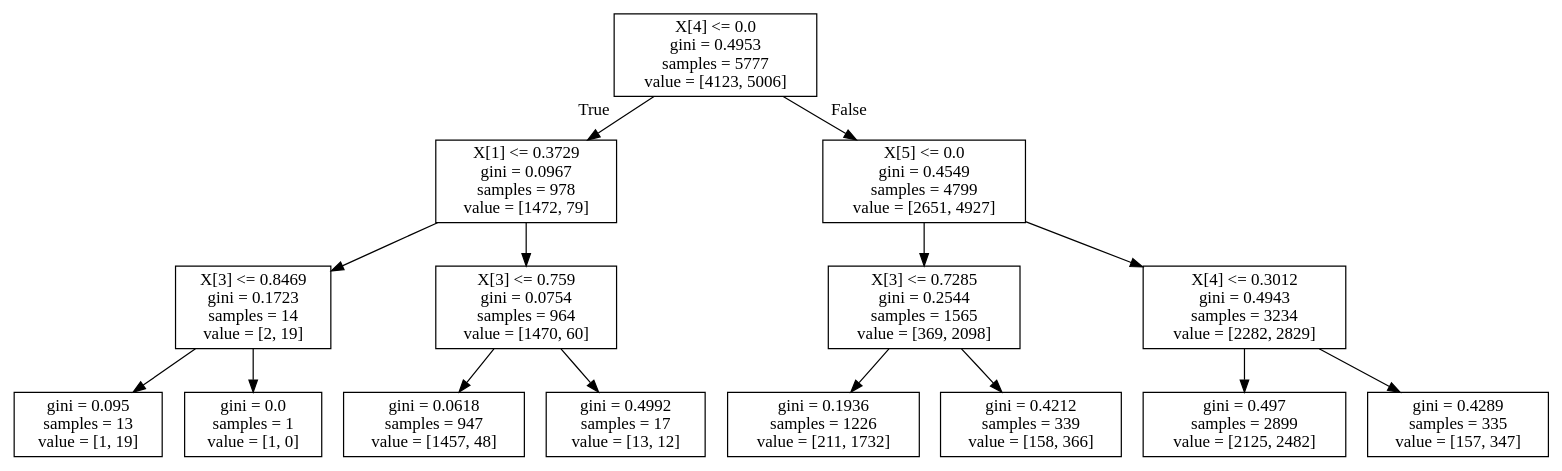
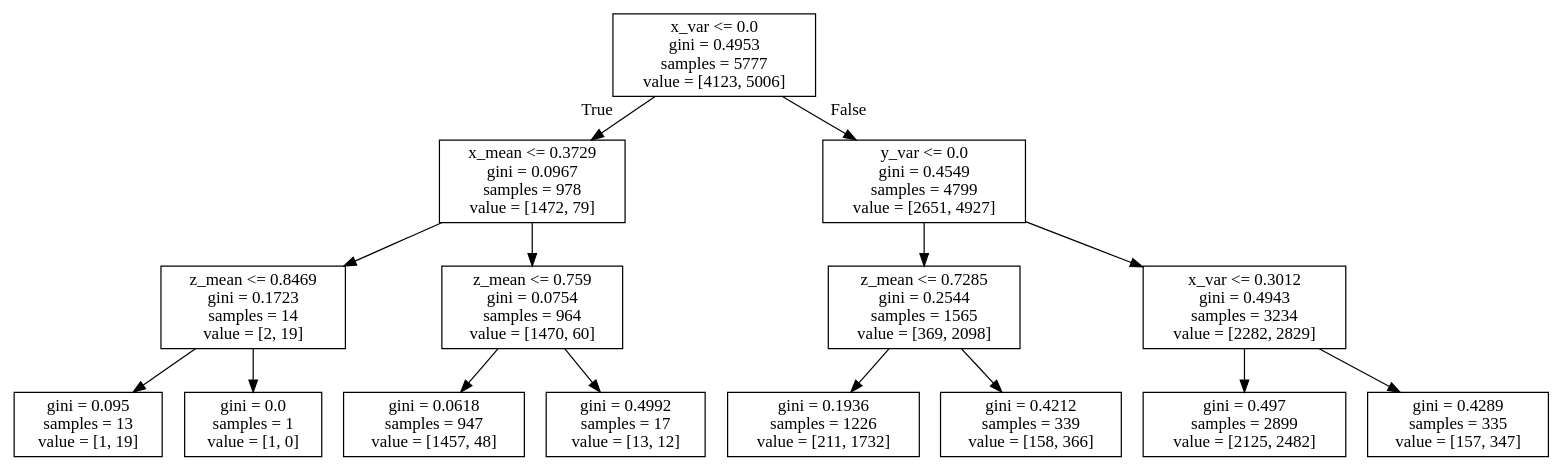
Before and after one commit to dannygosain1/goyo: the diagram in dip/random_forest_renders/tree_4.dot, drawn with Graphviz. The commit also changed 9 other files, not shown here.

```diff
--- a/dip/random_forest_renders/tree_4.dot
+++ b/dip/random_forest_renders/tree_4.dot
@@ -1,32 +1,32 @@
 digraph Tree {
 node [shape=box] ;
-0 [label="X[4] <= 0.0\ngini = 0.4953\nsamples = 5777\nvalue = [4123, 5006]"] ;
-1 [label="X[1] <= 0.3729\ngini = 0.0967\nsamples = 978\nvalue = [1472, 79]"] ;
+0 [label="x_var <= 0.0\ngini = 0.4953\nsamples = 5777\nvalue = [4123, 5006]"] ;
+1 [label="x_mean <= 0.3729\ngini = 0.0967\nsamples = 978\nvalue = [1472, 79]"] ;
 0 -> 1 [labeldistance=2.5, labelangle=45, headlabel="True"] ;
-2 [label="X[3] <= 0.8469\ngini = 0.1723\nsamples = 14\nvalue = [2, 19]"] ;
+2 [label="z_mean <= 0.8469\ngini = 0.1723\nsamples = 14\nvalue = [2, 19]"] ;
 1 -> 2 ;
 3 [label="gini = 0.095\nsamples = 13\nvalue = [1, 19]"] ;
 2 -> 3 ;
 4 [label="gini = 0.0\nsamples = 1\nvalue = [1, 0]"] ;
 2 -> 4 ;
-5 [label="X[3] <= 0.759\ngini = 0.0754\nsamples = 964\nvalue = [1470, 60]"] ;
+5 [label="z_mean <= 0.759\ngini = 0.0754\nsamples = 964\nvalue = [1470, 60]"] ;
 1 -> 5 ;
 6 [label="gini = 0.0618\nsamples = 947\nvalue = [1457, 48]"] ;
 5 -> 6 ;
 7 [label="gini = 0.4992\nsamples = 17\nvalue = [13, 12]"] ;
 5 -> 7 ;
-8 [label="X[5] <= 0.0\ngini = 0.4549\nsamples = 4799\nvalue = [2651, 4927]"] ;
+8 [label="y_var <= 0.0\ngini = 0.4549\nsamples = 4799\nvalue = [2651, 4927]"] ;
 0 -> 8 [labeldistance=2.5, labelangle=-45, headlabel="False"] ;
-9 [label="X[3] <= 0.7285\ngini = 0.2544\nsamples = 1565\nvalue = [369, 2098]"] ;
+9 [label="z_mean <= 0.7285\ngini = 0.2544\nsamples = 1565\nvalue = [369, 2098]"] ;
 8 -> 9 ;
 10 [label="gini = 0.1936\nsamples = 1226\nvalue = [211, 1732]"] ;
 9 -> 10 ;
 11 [label="gini = 0.4212\nsamples = 339\nvalue = [158, 366]"] ;
 9 -> 11 ;
-12 [label="X[4] <= 0.3012\ngini = 0.4943\nsamples = 3234\nvalue = [2282, 2829]"] ;
+12 [label="x_var <= 0.3012\ngini = 0.4943\nsamples = 3234\nvalue = [2282, 2829]"] ;
 8 -> 12 ;
 13 [label="gini = 0.497\nsamples = 2899\nvalue = [2125, 2482]"] ;
 12 -> 13 ;
 14 [label="gini = 0.4289\nsamples = 335\nvalue = [157, 347]"] ;
 12 -> 14 ;
 }
```
